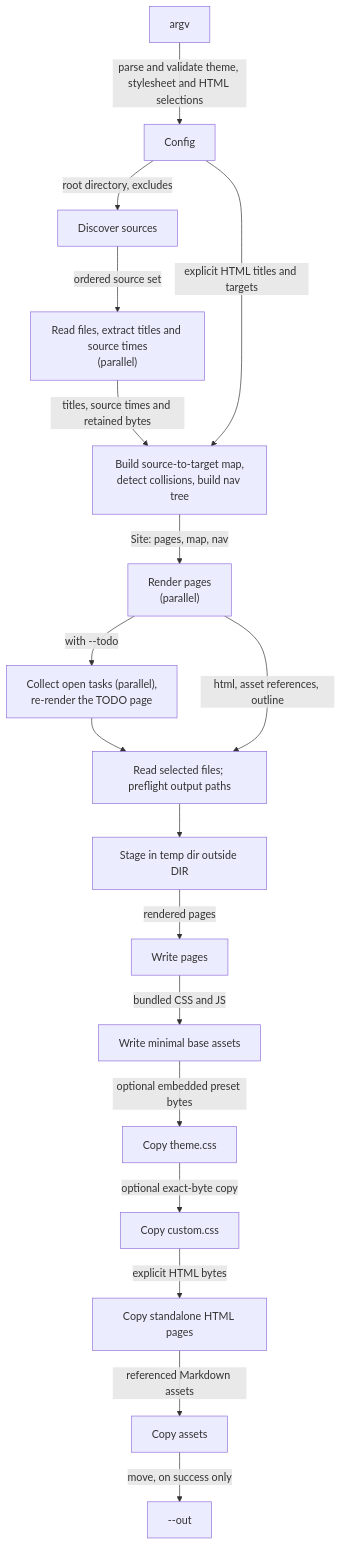
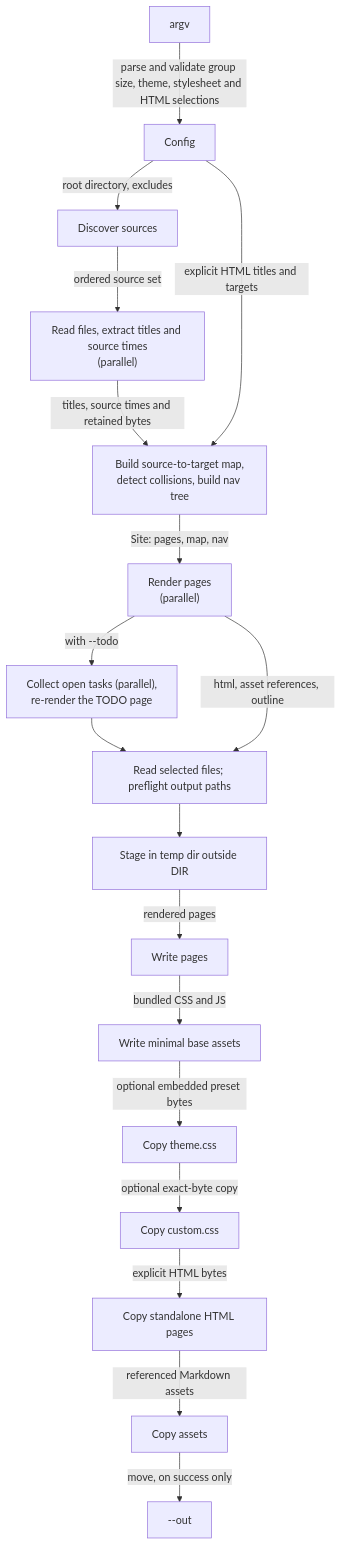
The first of 2 diagrams in docs/architecture.md (AltaraInc/ohimark), drawn with Mermaid before and after one commit. The commit also changed other lines of this file and 13 other files, not shown here.

````diff
--- a/docs/architecture.md
+++ b/docs/architecture.md
@@ -15,21 +15,21 @@
 ```mermaid
 flowchart TD
-  ARGS["argv"] -->|"parse and validate theme, stylesheet and HTML selections"| CFG["Config"]
+  ARGS["argv"] -->|"parse and validate group size, theme, stylesheet and HTML selections"| CFG["Config"]
   CFG -->|"root directory, excludes"| WALK["Discover sources"]
   WALK -->|"ordered source set"| READ["Read files, extract titles and source times<br/>(parallel)"]
   READ -->|"titles, source times and retained bytes"| MAP["Build source-to-target map,<br/>detect collisions, build nav tree"]
   CFG -->|"explicit HTML titles and targets"| MAP
   MAP -->|"Site: pages, map, nav"| REND["Render pages<br/>(parallel)"]
   REND -->|"with --todo"| TODO["Collect open tasks (parallel),<br/>re-render the TODO page"]
   TODO --> PREFLIGHT
   REND -->|"html, asset references, outline"| PREFLIGHT["Read selected files; preflight output paths"]
   PREFLIGHT --> STAGE
   STAGE["Stage in temp dir outside DIR"]
   STAGE -->|"rendered pages"| PAGES["Write pages"]
   PAGES -->|"bundled CSS and JS"| TH["Write minimal base assets"]
   TH -->|"optional embedded preset bytes"| PRESET["Copy theme.css"]
   PRESET -->|"optional exact-byte copy"| CUSTOM["Copy custom.css"]
   CUSTOM -->|"explicit HTML bytes"| HTML["Copy standalone HTML pages"]
   HTML -->|"referenced Markdown assets"| COPY["Copy assets"]
   COPY -->|"move, on success only"| OUT["--out"]
 ```
````
